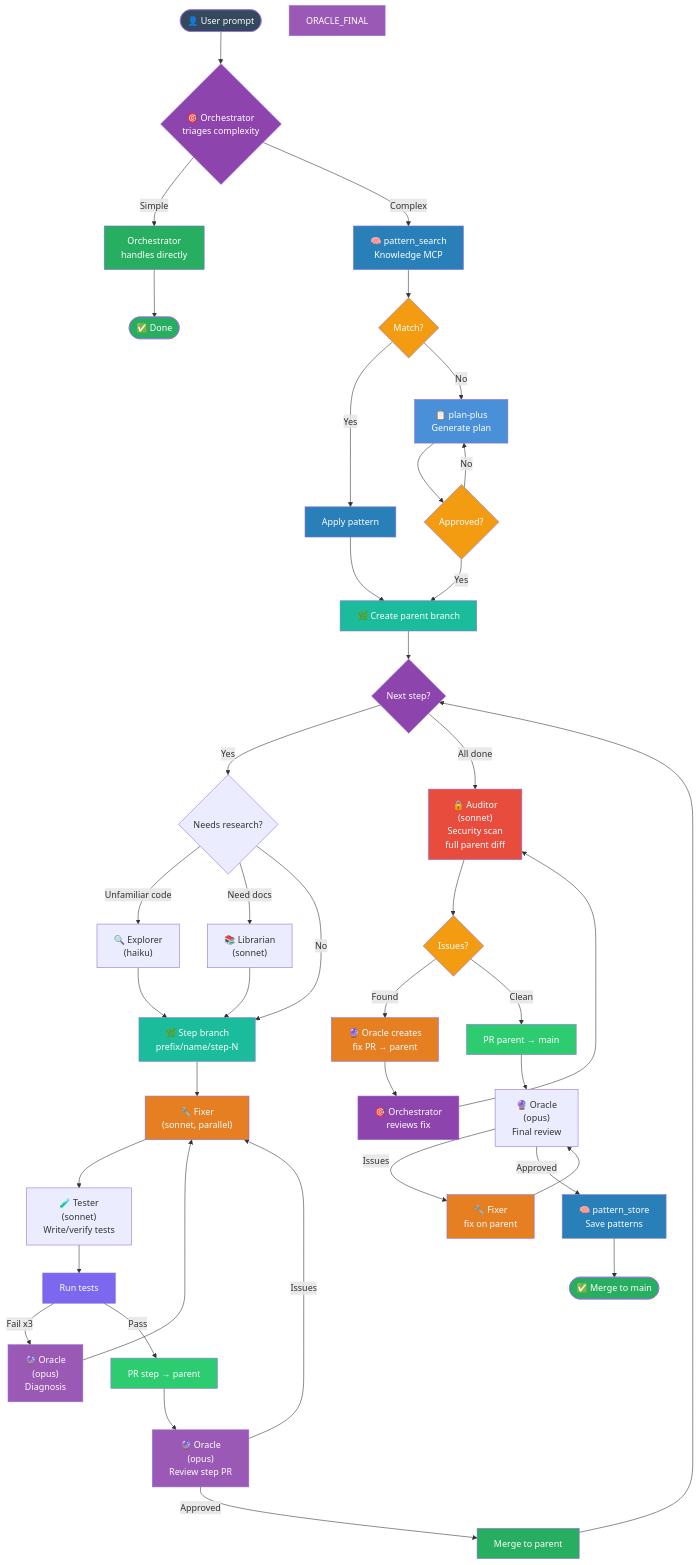
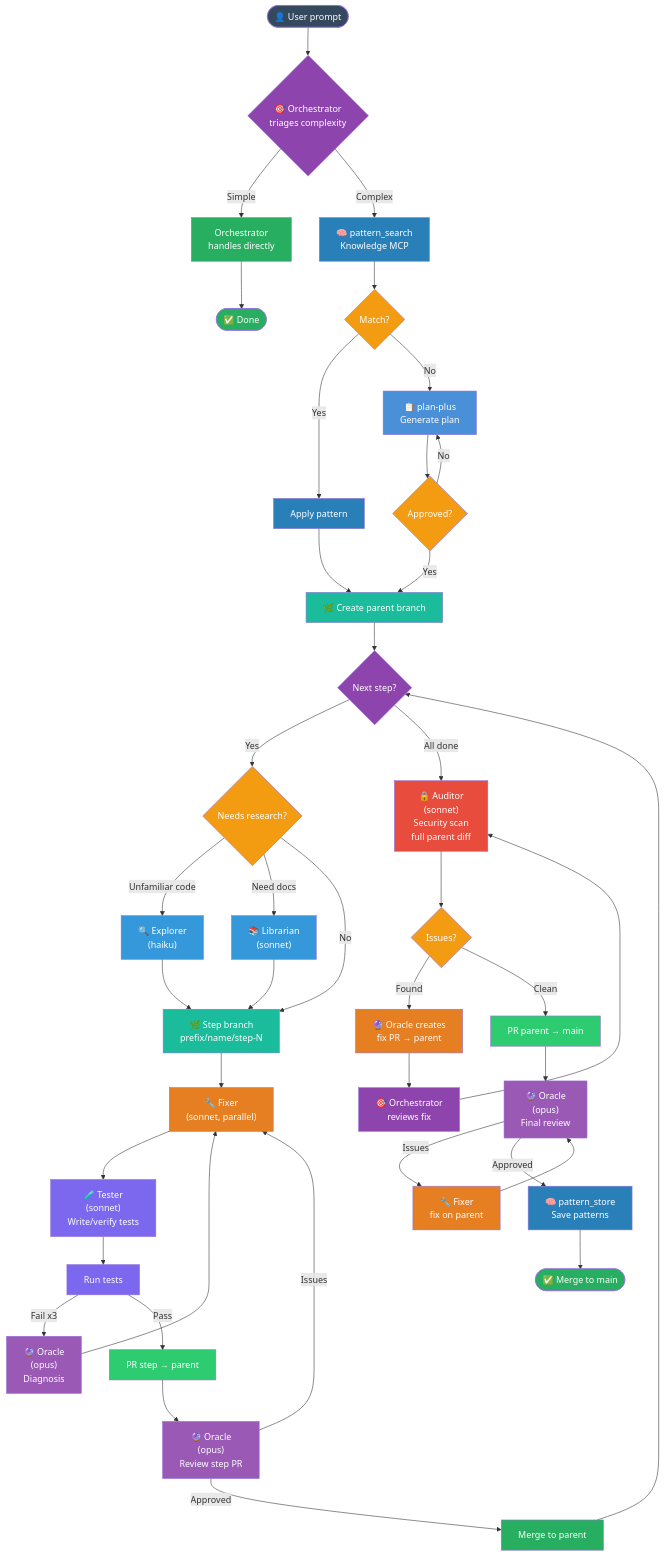
Before and after one commit to helmiatwork/lean-flow: the diagram in workflows/standard-development-flow.md, drawn with Mermaid. The commit also changed other lines of this file and 5 other files, not shown here.

First line of the commit message:
fix: oracle review v4 — fix step numbering, stale tool counts, mermaid styles, doc consistency

```diff
--- a/workflows/standard-development-flow.md
+++ b/workflows/standard-development-flow.md
@@ -92,8 +92,12 @@
     style TEST fill:#7B68EE,color:#fff
     style AUDIT fill:#E74C3C,color:#fff
     style MAINPR fill:#2ECC71,color:#fff
+    style RESEARCH fill:#F39C12,color:#fff
+    style EXPLORER fill:#3498DB,color:#fff
+    style LIBRARIAN fill:#3498DB,color:#fff
+    style TESTWRITE fill:#7B68EE,color:#fff
     style ORACLE_ESC fill:#9B59B6,color:#fff
-    style ORACLE_FINAL fill:#9B59B6,color:#fff
+    style FINAL fill:#9B59B6,color:#fff
     style STEPPR fill:#2ECC71,color:#fff
     style STEPREV fill:#9B59B6,color:#fff
     style MERGE_STEP fill:#27AE60,color:#fff
```
